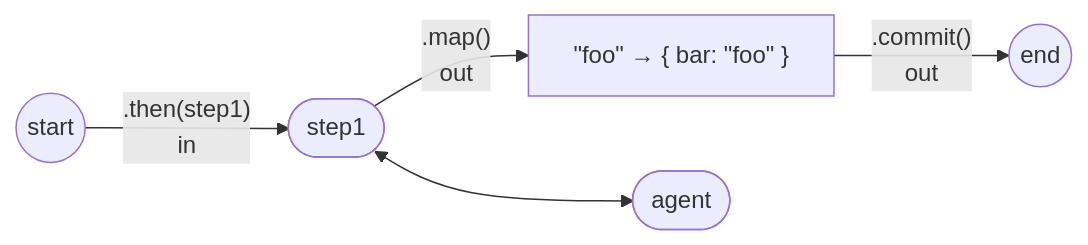
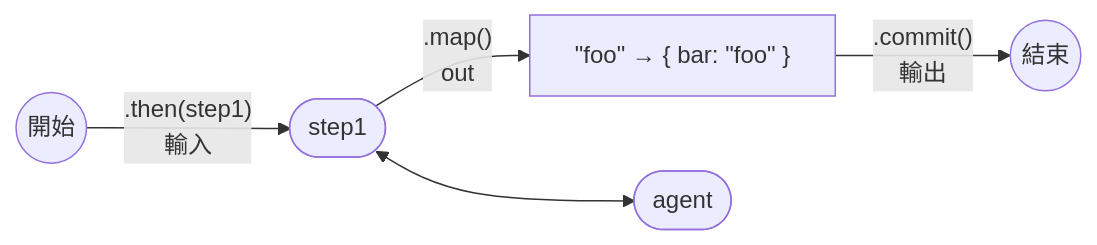
The fourth of 7 diagrams in i18n/zh-HK/docusaurus-plugin-content-docs/current/workflows/control-flow.mdx (youngjunning/mastra.youngjunning.com), drawn with Mermaid before and after one commit. The commit also changed other lines of this file and 3073 other files, not shown here.

````diff
--- a/i18n/zh-HK/docusaurus-plugin-content-docs/current/workflows/control-flow.mdx
+++ b/i18n/zh-HK/docusaurus-plugin-content-docs/current/workflows/control-flow.mdx
@@ -442,11 +442,11 @@
 ```mermaid
 flowchart LR
-  accTitle: Mapping data between workflow steps
-  accDescr: The workflow runs step1, which invokes an agent and outputs foo. The map operation transforms foo into an object with a bar property before the workflow commits and ends.
-  start(( start )) -->|".then(step1)"<br/>in| step1([step1])
+  accTitle: 在 Workflow 步驟之間對應資料
+  accDescr: Workflow 執行會呼叫 Agent 並輸出 foo 的 step1。對應操作將 foo 轉換成有 bar 屬性的物件，之後 Workflow 提交並結束。
+  start(( 開始 )) -->|".then(step1)"<br/>輸入| step1([step1])
   step1 -- ".map()"<br/>out --> mapping["&quot;foo&quot; → { bar: &quot;foo&quot; }"]
-  mapping -->|".commit()<br/>out"| endNode(( end ))
+  mapping -->|".commit()<br/>輸出"| endNode(( 結束 ))
   step1 <--> agent([agent])
 
   class endNode accent
 ```
````
